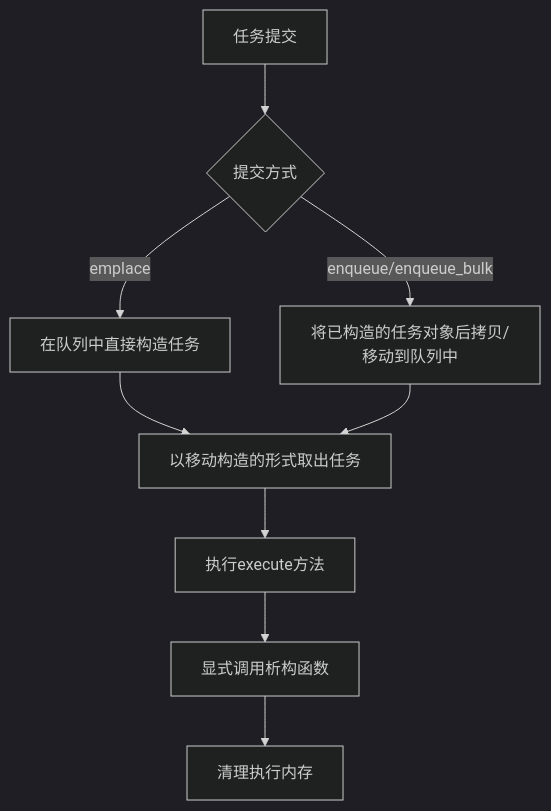
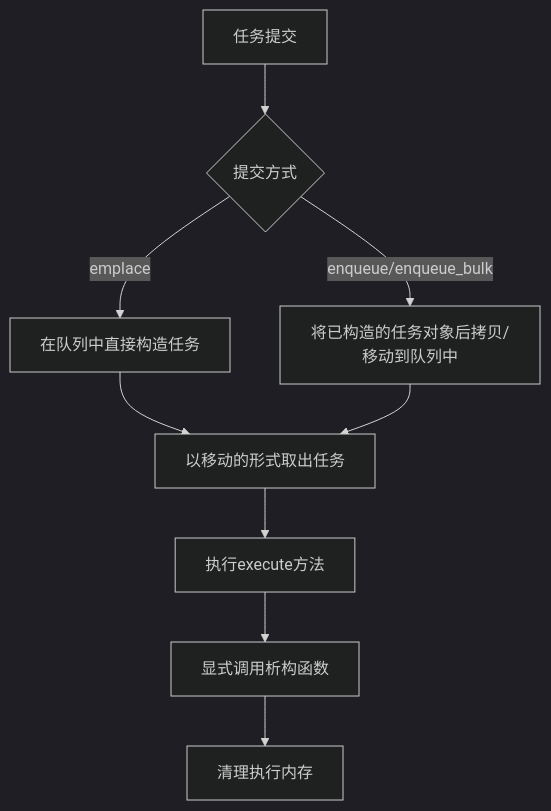
One commit to HSLL175848494/ThreadPool changed the second of 2 diagrams in README.md. Above: the diagram before and after it, drawn with Mermaid (dark theme). The commit also changed other lines of this file, not shown here.

````diff
--- a/README.md
+++ b/README.md
@@ -84,13 +107,13 @@
 ```mermaid
 graph TD
     A[任务提交] --> B{提交方式}
     B -->|emplace| C[在队列中直接构造任务]
     B -->|enqueue/enqueue_bulk| D[将已构造的任务对象后拷贝/移动到队列中]
     
-    C --> E[以移动构造的形式取出任务]
+    C --> E[以移动的形式取出任务]
     D --> E
     
     E --> F[执行execute方法]
     F --> G[显式调用析构函数]
     G --> H[清理执行内存]
 ```
````
